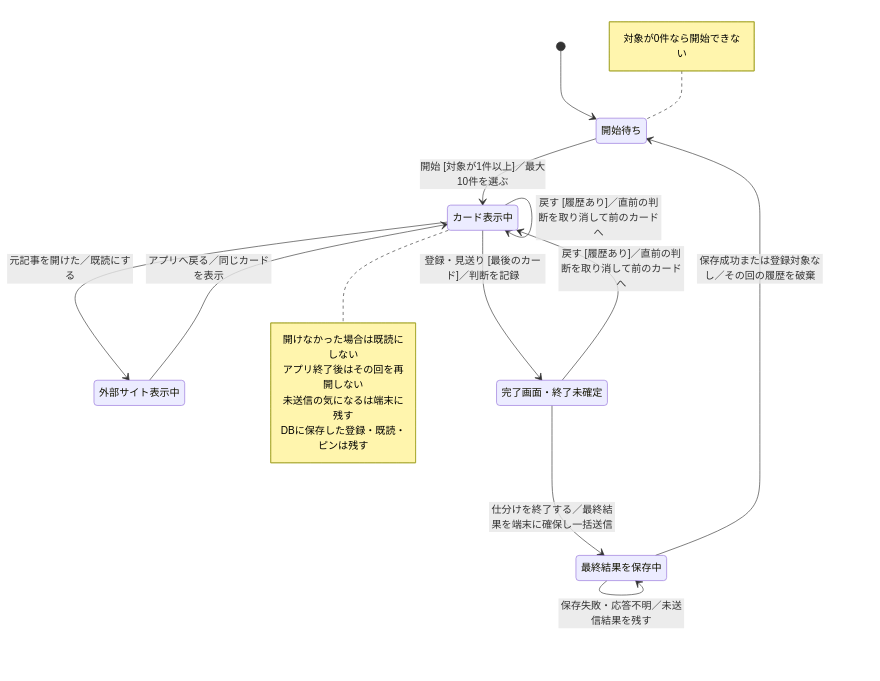
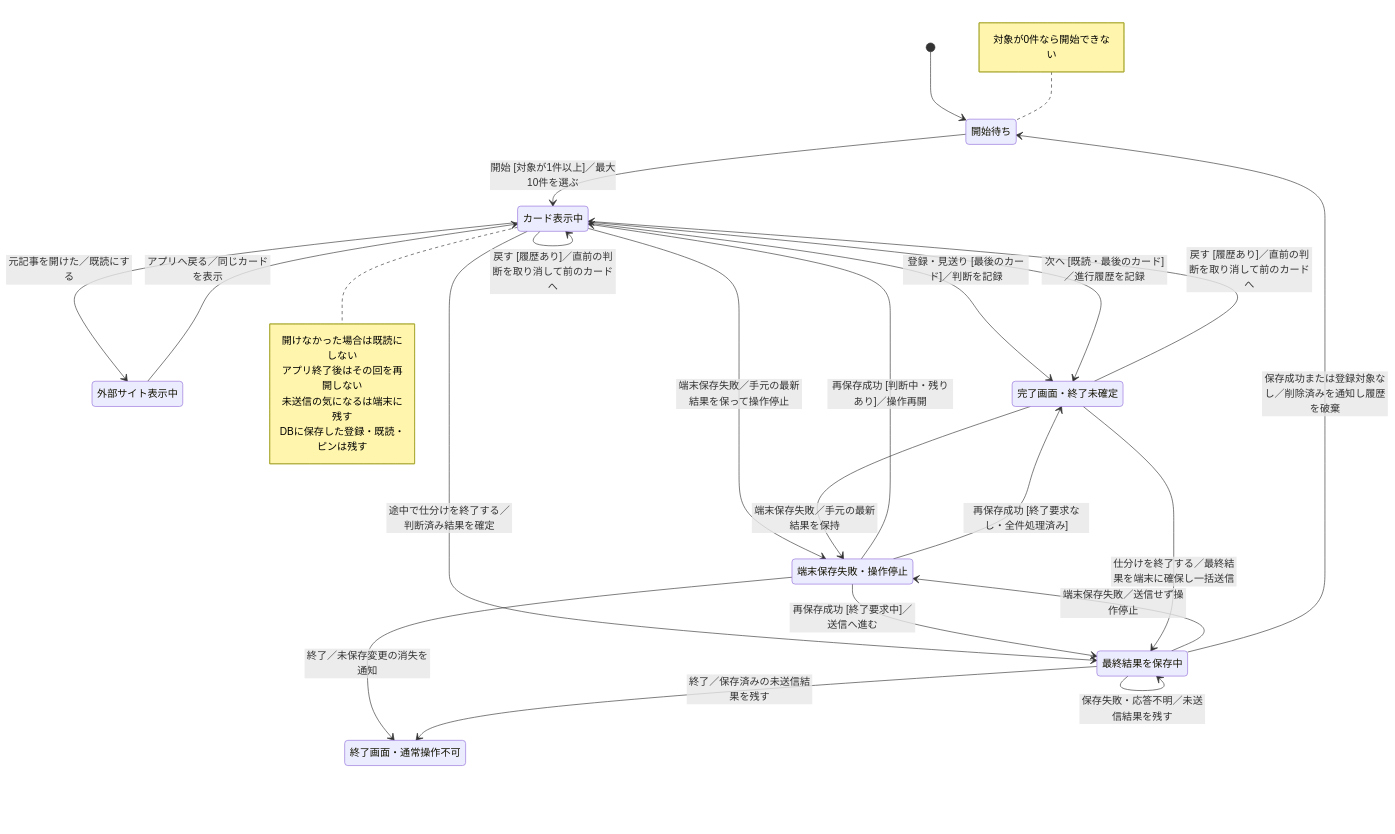
Before and after one commit to BeppuKanato/it-discovery: the second of 4 diagrams in docs/state-transitions.md, drawn with Mermaid. The commit also changed other lines of this file and 5 other files, not shown here.

Commit message:
docs: 確定ルールに合わせて状態遷移とシーケンス・クラス図を更新する

````diff
--- a/docs/state-transitions.md
+++ b/docs/state-transitions.md
@@ -61,35 +61,48 @@
 ```mermaid
 stateDiagram-v2
     [*] --> Idle
     state "開始待ち" as Idle
     state "カード表示中" as Card
     state "外部サイト表示中" as External
     state "完了画面・終了未確定" as Complete
     state "最終結果を保存中" as Saving
+    state "端末保存失敗・操作停止" as LocalFailure
+    state "終了画面・通常操作不可" as Stopped
 
     Idle --> Card: 開始 [対象が1件以上]／最大10件を選ぶ
 
     Card --> Card: 登録・見送り [次のカードあり]／判断を記録して次へ
     Card --> Complete: 登録・見送り [最後のカード]／判断を記録
+    Card --> Card: 次へ [既読・次のカードあり]／進行履歴を記録
+    Card --> Complete: 次へ [既読・最後のカード]／進行履歴を記録
 
     Card --> Card: 戻す [履歴あり]／直前の判断を取り消して前のカードへ
     Complete --> Card: 戻す [履歴あり]／直前の判断を取り消して前のカードへ
 
     Card --> External: 元記事を開けた／既読にする
     External --> Card: アプリへ戻る／同じカードを表示
 
+    Card --> Saving: 途中で仕分けを終了する／判断済み結果を確定
+    Card --> LocalFailure: 端末保存失敗／手元の最新結果を保って操作停止
+    Complete --> LocalFailure: 端末保存失敗／手元の最新結果を保持
+    LocalFailure --> Saving: 再保存成功 [終了要求中]／送信へ進む
+    LocalFailure --> Card: 再保存成功 [判断中・残りあり]／操作再開
+    LocalFailure --> Complete: 再保存成功 [終了要求なし・全件処理済み]
+    LocalFailure --> Stopped: 終了／未保存変更の消失を通知
+    Saving --> Stopped: 終了／保存済みの未送信結果を残す
     Complete --> Saving: 仕分けを終了する／最終結果を端末に確保し一括送信
-    Saving --> Idle: 保存成功または登録対象なし／その回の履歴を破棄
+    Saving --> LocalFailure: 端末保存失敗／送信せず操作停止
+    Saving --> Idle: 保存成功または登録対象なし／削除済みを通知し履歴を破棄
     Saving --> Saving: 保存失敗・応答不明／未送信結果を残す
 
     note left of Idle
         対象が0件なら開始できない
     end note
 
     note right of Card
         開けなかった場合は既読にしない
         アプリ終了後はその回を再開しない
         未送信の気になるは端末に残す
         DBに保存した登録・既読・ピンは残す
     end note
 ```
````
